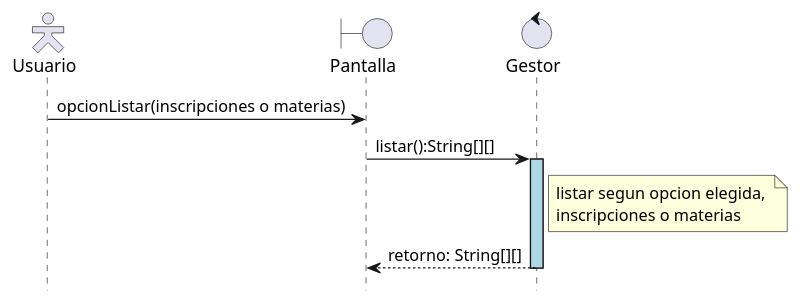
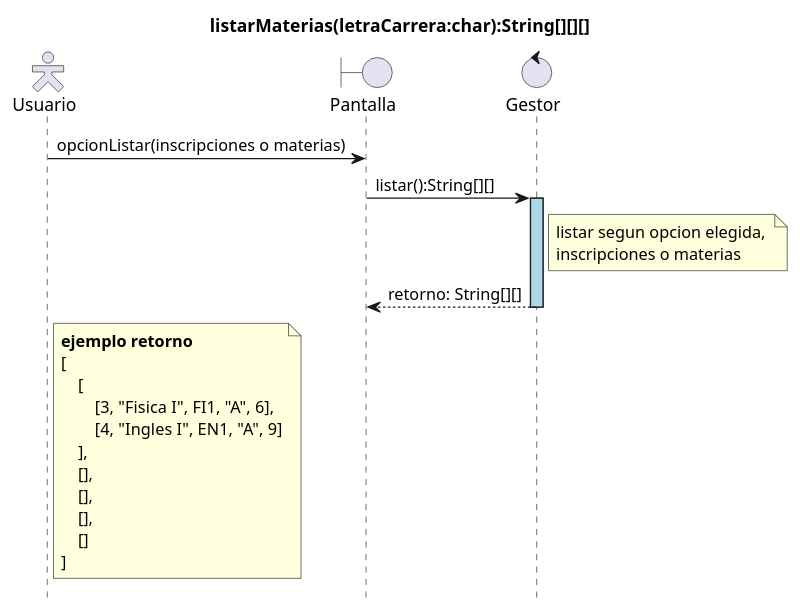
The diagram in Doc/UTNEZ_Secuencia-listarMaterias.puml (EmilianoM7/UTN_EZ), drawn with PlantUML before and after one commit. The commit also changed 61 other files, not shown here.

```diff
--- a/Doc/UTNEZ_Secuencia-listarMaterias.puml
+++ b/Doc/UTNEZ_Secuencia-listarMaterias.puml
@@ -1,25 +1,43 @@
 @startuml
 
 ' --- SKIN ---
 
 skinparam actorStyle Hollow
 hide footbox
 
 ' --- DIAGRAMA ---
 
-actor Usuario as A
+title "listarMaterias(letraCarrera:char):String[][][]"
+
+actor Usuario as U
 boundary Pantalla as P
 control Gestor as G
 
-A -> P : opcionListar(inscripciones o materias)
+U -> P : opcionListar(inscripciones o materias)
 P -> G : listar():String[][]
 
 activate G #lightblue
 
 note right G : listar segun opcion elegida, \ninscripciones o materias
 
 G --> P : retorno: String[][]
 
 deactivate G
 
+note right U
+    <b>ejemplo retorno
+    [
+        [
+            [3, "Fisica I", FI1, "A", 6],
+            [4, "Ingles I", EN1, "A", 9]
+        ],
+        [],
+        [],
+        [],
+        []
+    ]
+end note
+
+
+
 @enduml
```
